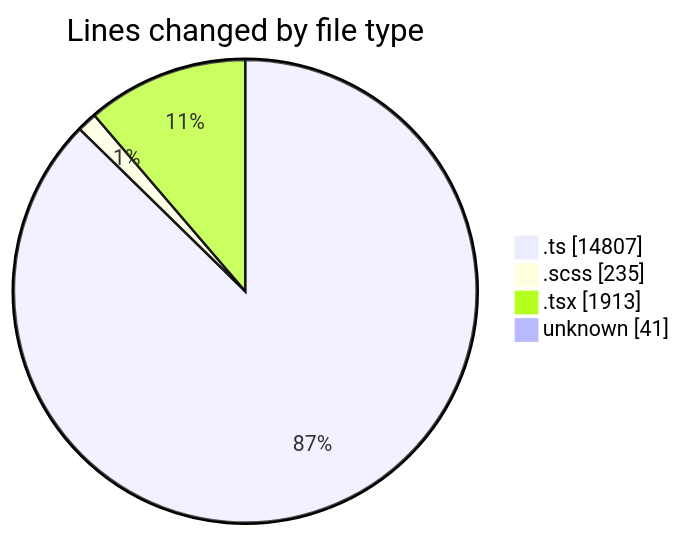
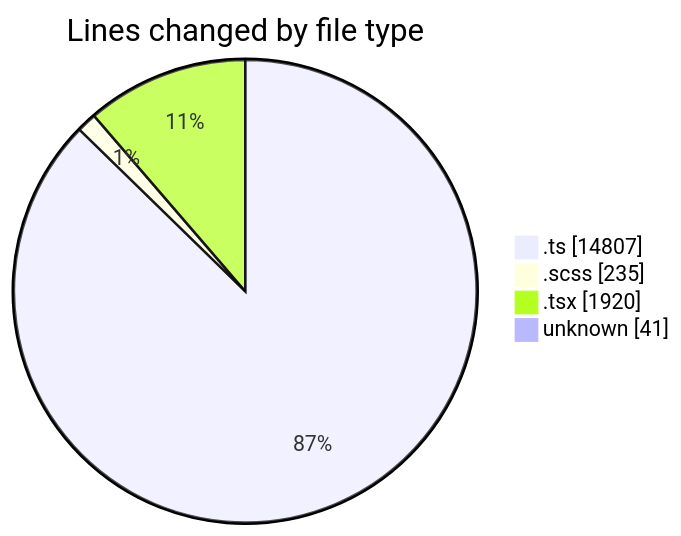
The first of 2 diagrams in 2025-08-27/cda/README.md (momahboobian/code-tracking), drawn with Mermaid before and after one commit. The commit also changed other lines of this file and 1 other file, not shown here.

````diff
--- a/2025-08-27/cda/README.md
+++ b/2025-08-27/cda/README.md
@@ -32,8 +32,8 @@
 ```mermaid
 pie showData
 title Lines changed by file type
 ".ts" : 14807
 ".scss" : 235
-".tsx" : 1913
+".tsx" : 1920
 "unknown" : 41
 ```
````
